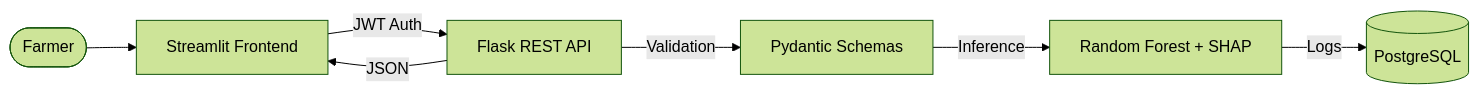
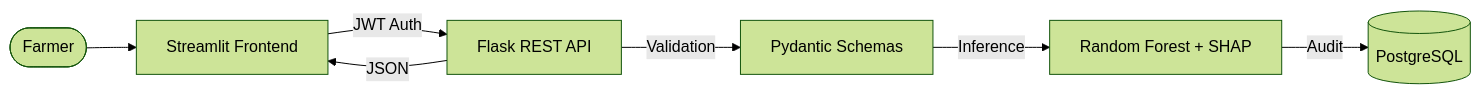
The diagram in README.md (waikarpranav/crop-recommendation-system2), drawn with Mermaid (forest theme) before and after one commit. The commit also changed other lines of this file, not shown here.

````diff
--- a/README.md
+++ b/README.md
@@ -30,9 +20,9 @@
 ```mermaid
 graph LR
     User([Farmer]) --> UI[Streamlit Frontend]
     UI -->|JWT Auth| API[Flask REST API]
     API -->|Validation| Pydantic[Pydantic Schemas]
     Pydantic -->|Inference| ML[Random Forest + SHAP]
-    ML -->|Logs| DB[(PostgreSQL)]
+    ML -->|Audit| DB[(PostgreSQL)]
     API -->|JSON| UI
 ```
````
